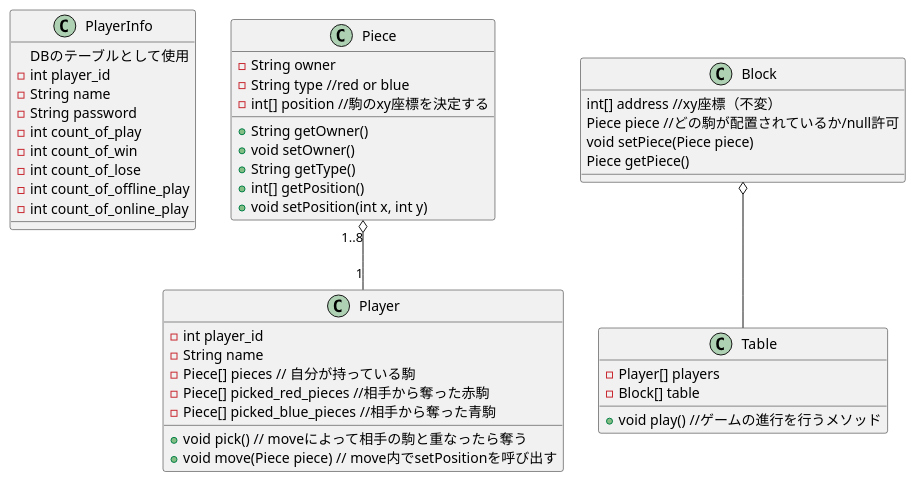
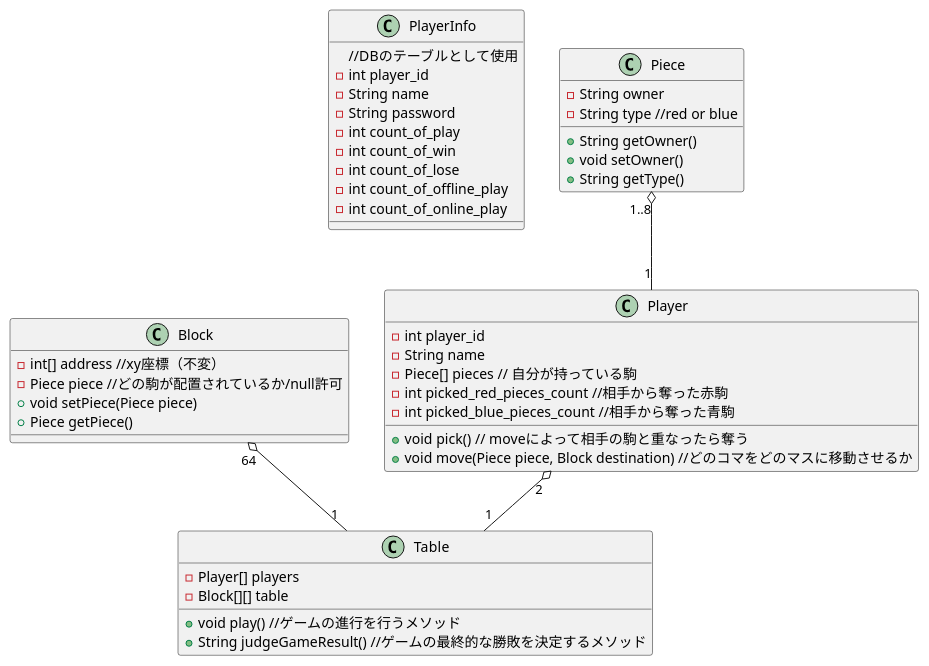
The diagram in classDesign.plantuml (KoheiMatsuno99/BoardGameStudio), drawn with PlantUML before and after one commit.

Commit message:
位置情報をBlockが一元管理するように変更

```diff
--- a/classDesign.plantuml
+++ b/classDesign.plantuml
@@ -1,52 +1,50 @@
 @startuml classDesign
 class PlayerInfo{
-    DBのテーブルとして使用
+    //DBのテーブルとして使用
     {field} - int player_id
     {field} - String name
     {field} - String password
     {field} - int count_of_play
     {field} - int count_of_win
     {field} - int count_of_lose
     {field} - int count_of_offline_play
     {field} - int count_of_online_play
 }
 
 class Player{
     {field} - int player_id
     {field} - String name
     {field} - Piece[] pieces // 自分が持っている駒
-    {field} - Piece[] picked_red_pieces //相手から奪った赤駒
-    {field} - Piece[] picked_blue_pieces //相手から奪った青駒
+    {field} - int picked_red_pieces_count //相手から奪った赤駒
+    {field} - int picked_blue_pieces_count //相手から奪った青駒
     {method} + void pick() // moveによって相手の駒と重なったら奪う
-    {method} + void move(Piece piece) // move内でsetPositionを呼び出す
+    {method} + void move(Piece piece, Block destination) //どのコマをどのマスに移動させるか
 }
 
 class Piece{
     {field} - String owner 
     {field} - String type //red or blue
-    {field} - int[] position //駒のxy座標を決定する
     {method} + String getOwner()
     {method} + void setOwner()
     {method} + String getType()
-    {method} + int[] getPosition()
-    {method} + void setPosition(int x, int y)
 }
 
 class Table{
     {field} - Player[] players
-    {field} - Block[] table
+    {field} - Block[][] table
     {method} + void play() //ゲームの進行を行うメソッド
+    {method} + String judgeGameResult() //ゲームの最終的な勝敗を決定するメソッド
 }
 
 class Block{
-    {field} int[] address //xy座標（不変）
-    {field} Piece piece //どの駒が配置されているか/null許可
-    {field} void setPiece(Piece piece)
-    {field} Piece getPiece()
+    {field} - int[] address //xy座標（不変）
+    {field} - Piece piece //どの駒が配置されているか/null許可
+    {field} + void setPiece(Piece piece)
+    {field} + Piece getPiece()
 }
 
 Piece "1..8" o-- "1" Player
-Block o-- Table
-
+Block "64" o-- "1" Table
+Player "2" o-- "1" Table
 
 @enduml
```
